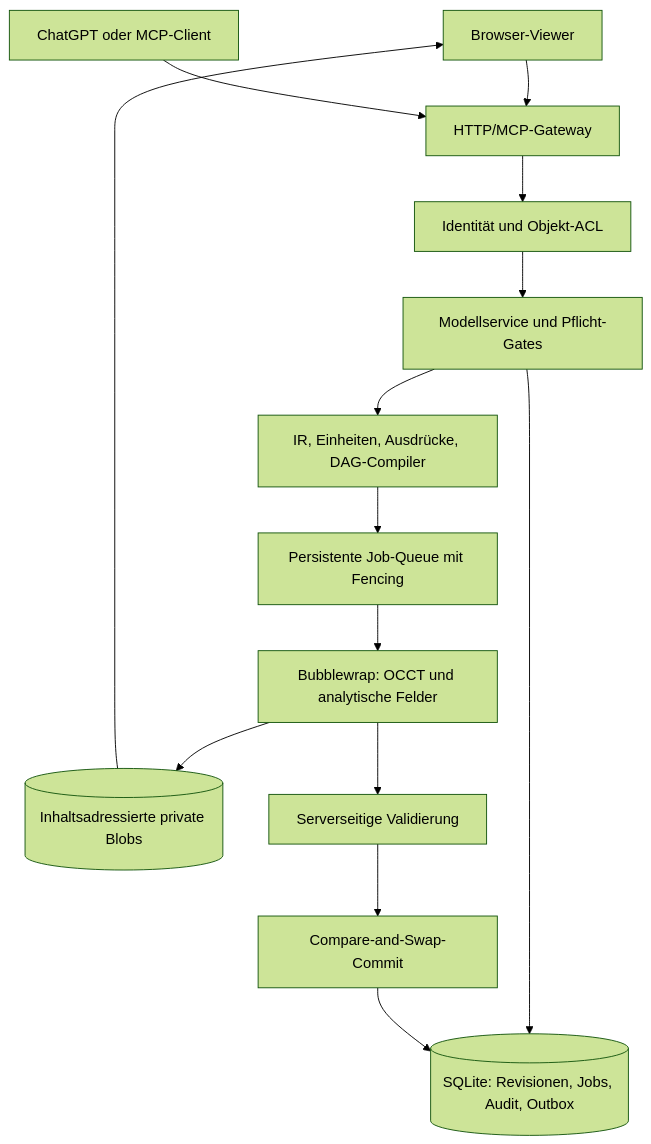
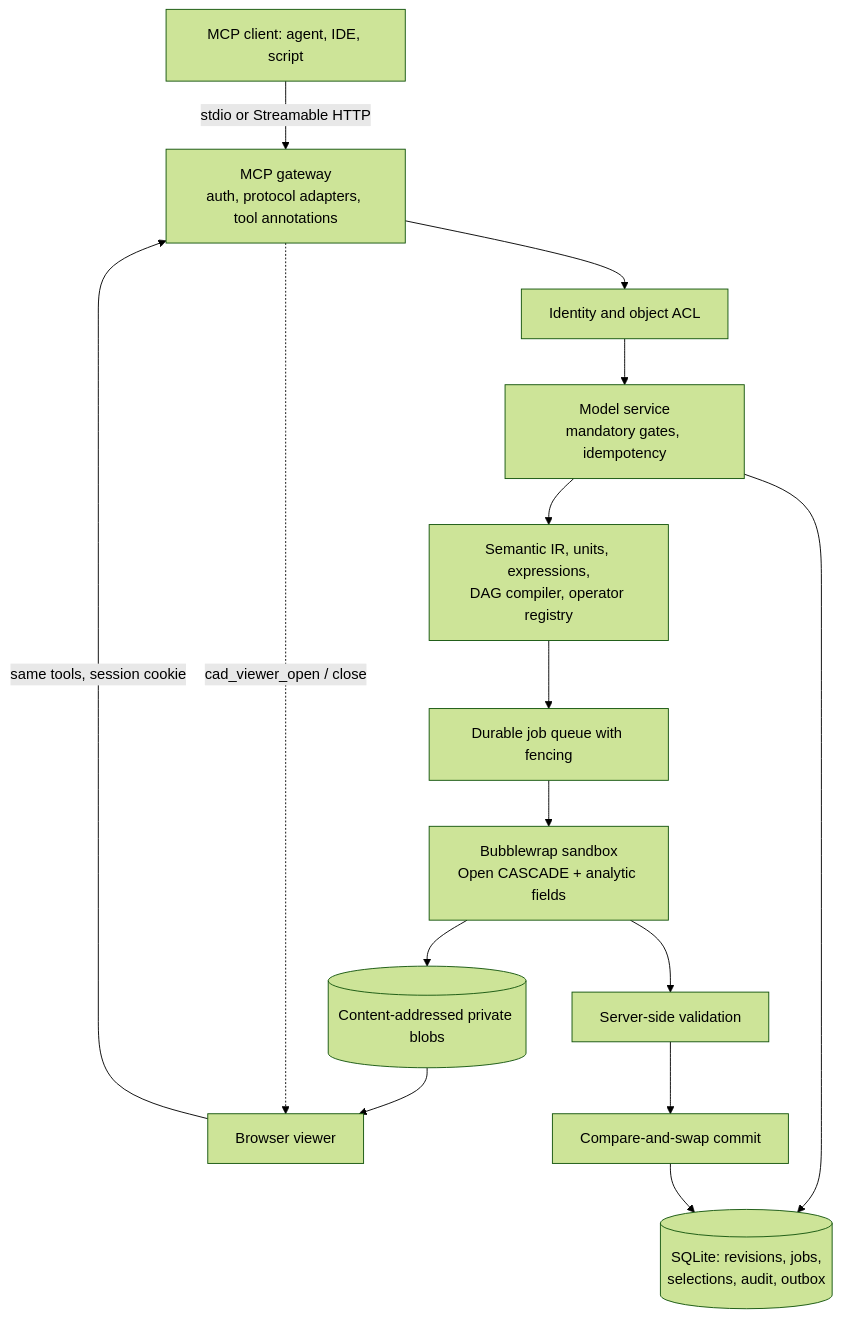
The diagram in docs/architecture.md (Tends2o/LLcad), drawn with Mermaid (forest theme) before and after one commit. The commit also changed other lines of this file and 145 other files, not shown here.

````diff
--- a/docs/architecture.md
+++ b/docs/architecture.md
@@ -5,16 +6,17 @@
 ```mermaid
 flowchart TD
-  V[Browser-Viewer] --> G[HTTP/MCP-Gateway]
-  H[ChatGPT oder MCP-Client] --> G
-  G --> A[Identität und Objekt-ACL]
-  A --> M[Modellservice und Pflicht-Gates]
-  M --> C[IR, Einheiten, Ausdrücke, DAG-Compiler]
-  M --> D[(SQLite: Revisionen, Jobs, Audit, Outbox)]
-  C --> J[Persistente Job-Queue mit Fencing]
-  J --> W[Bubblewrap: OCCT und analytische Felder]
-  W --> B[(Inhaltsadressierte private Blobs)]
-  W --> P[Serverseitige Validierung]
-  P --> K[Compare-and-Swap-Commit]
+  H[MCP client: agent, IDE, script] -->|stdio or Streamable HTTP| G[MCP gateway<br/>auth, protocol adapters, tool annotations]
+  V[Browser viewer] -->|same tools, session cookie| G
+  G --> A[Identity and object ACL]
+  A --> M[Model service<br/>mandatory gates, idempotency]
+  M --> C[Semantic IR, units, expressions,<br/>DAG compiler, operator registry]
+  M --> D[(SQLite: revisions, jobs,<br/>selections, audit, outbox)]
+  C --> J[Durable job queue with fencing]
+  J --> W[Bubblewrap sandbox<br/>Open CASCADE + analytic fields]
+  W --> B[(Content-addressed private blobs)]
+  W --> P[Server-side validation]
+  P --> K[Compare-and-swap commit]
   K --> D
   B --> V
+  G -. cad_viewer_open / close .-> V
 ```
````
